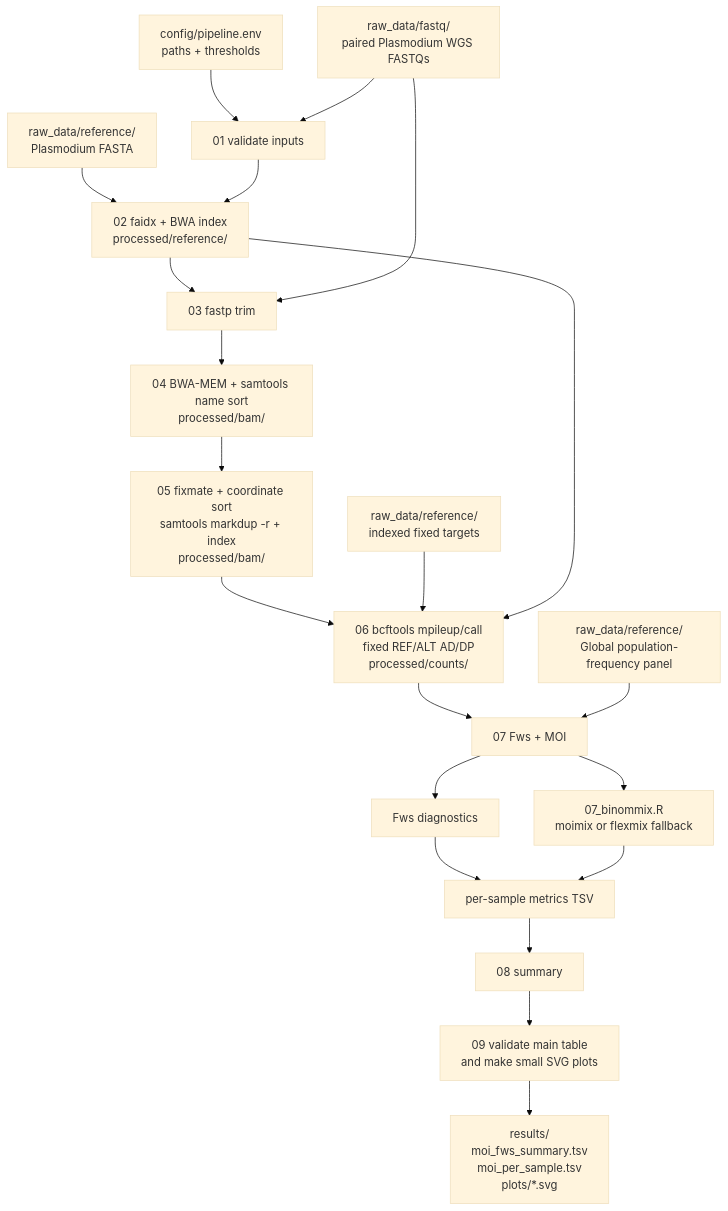
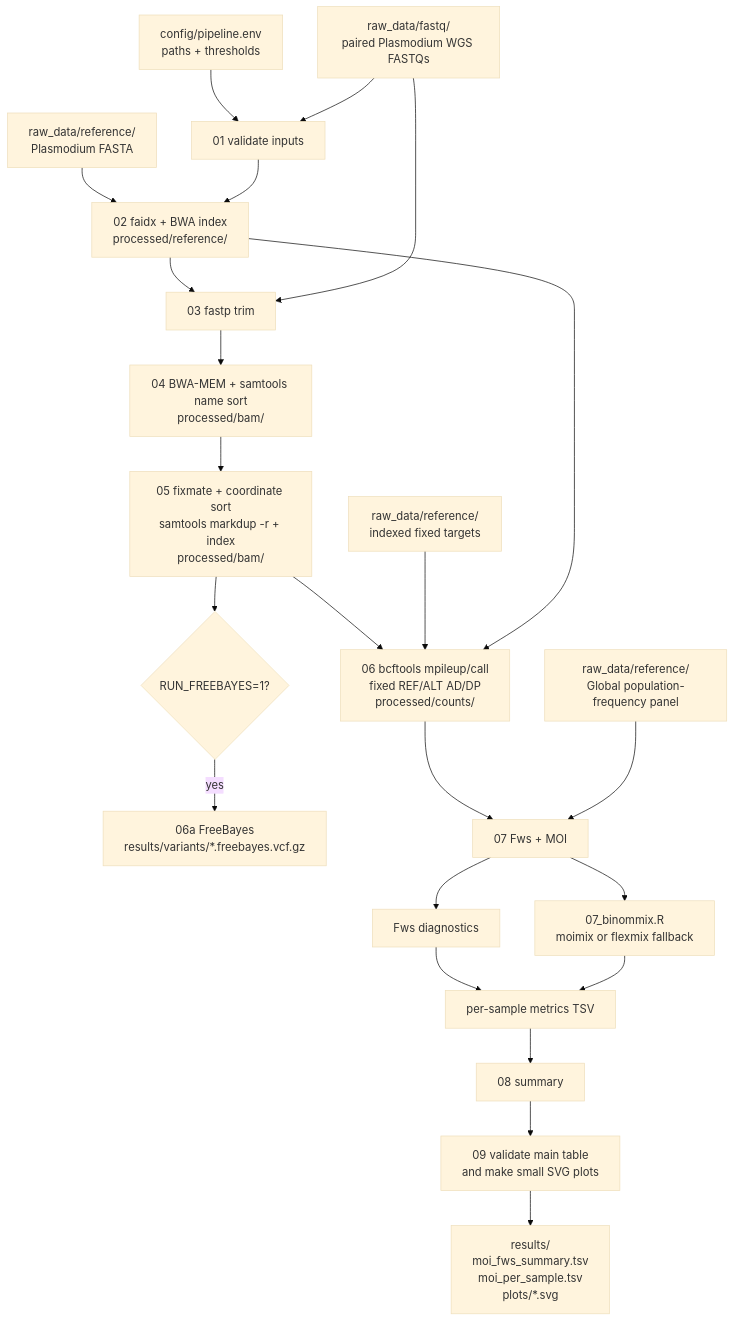
The diagram in README.md (JMittelbach/moi_pipeline_wgs), drawn with Mermaid (base theme) before and after one commit. The commit also changed other lines of this file and 13 other files, not shown here.

````diff
--- a/README.md
+++ b/README.md
@@ -343,23 +377,25 @@
 ```mermaid
 flowchart TD
     CFG[config/pipeline.env<br/>paths + thresholds] --> V[01 validate inputs]
     READS[raw_data/fastq/<br/>paired Plasmodium WGS FASTQs] --> V
     REF[raw_data/reference/<br/>Plasmodium FASTA] --> IDX[02 faidx + BWA index<br/>processed/reference/]
     V --> IDX
     IDX --> TRIM[03 fastp trim]
     READS --> TRIM
     TRIM --> ALIGN[04 BWA-MEM + samtools name sort<br/>processed/bam/]
     ALIGN --> DEDUP[05 fixmate + coordinate sort<br/>samtools markdup -r + index<br/>processed/bam/]
+    DEDUP --> FB{RUN_FREEBAYES=1?}
+    FB -->|yes| CALL[06a FreeBayes<br/>results/variants/*.freebayes.vcf.gz]
     DEDUP --> COUNTS[06 bcftools mpileup/call<br/>fixed REF/ALT AD/DP<br/>processed/counts/]
     TARGETS[raw_data/reference/<br/>indexed fixed targets] --> COUNTS
     IDX --> COUNTS
     COUNTS --> MET[07 Fws + MOI]
     PANEL[raw_data/reference/<br/>Global population-frequency panel] --> MET
     MET --> FWS[Fws diagnostics]
     MET --> MIX[07_binommix.R<br/>moimix or flexmix fallback]
     FWS --> PER[per-sample metrics TSV]
     MIX --> PER
     PER --> SUMMARY[08 summary]
     SUMMARY --> CHECK[09 validate main table<br/>and make small SVG plots]
     CHECK --> FINAL[results/<br/>moi_fws_summary.tsv<br/>moi_per_sample.tsv<br/>plots/*.svg]
 ```
````
